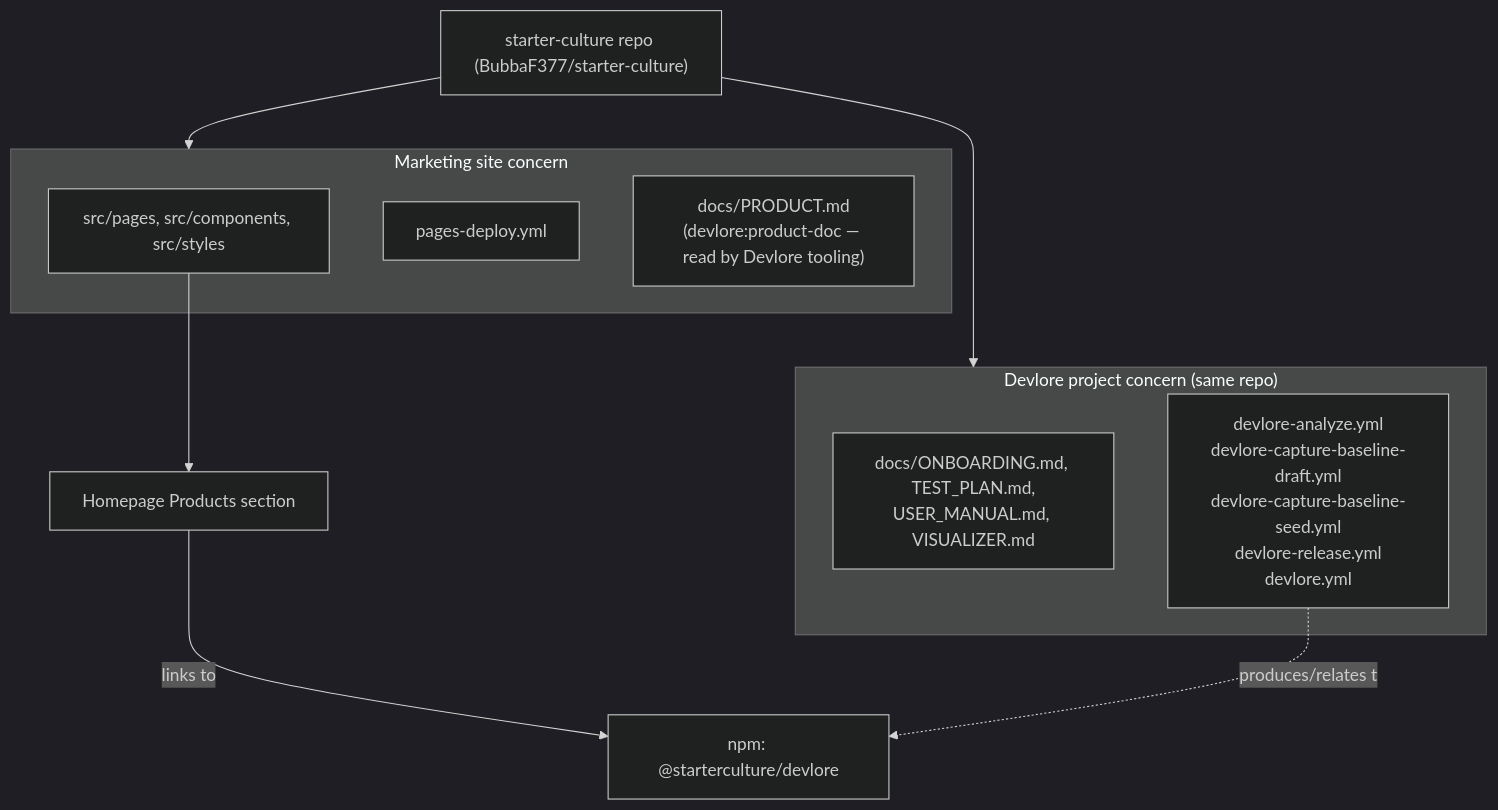
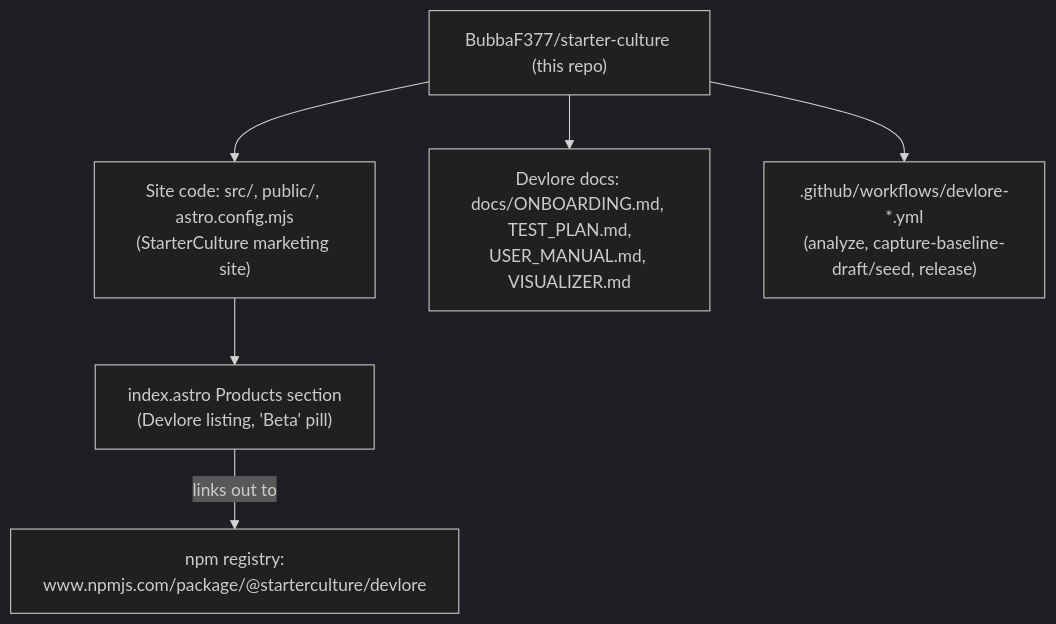
The third of 3 diagrams in docs/VISUALIZER.md (BubbaF377/starter-culture), drawn with Mermaid (dark theme) before and after one commit. The commit also changed other lines of this file, not shown here.

Commit message:
Update visualizer (requirements changed): starter-culture

````diff
--- a/docs/VISUALIZER.md
+++ b/docs/VISUALIZER.md
@@ -83,22 +87,16 @@
 ```mermaid
+%% Other linked project: this repo's dual role as the site repo and the Devlore project repo, plus the outbound npm link
 graph TD
-    Repo["starter-culture repo (BubbaF377/starter-culture)"]
+  Repo["BubbaF377/starter-culture (this repo)"]
+  SiteCode["Site code: src/, public/, astro.config.mjs\n(StarterCulture marketing site)"]
+  DevloreDocs["Devlore docs: docs/ONBOARDING.md, TEST_PLAN.md,\nUSER_MANUAL.md, VISUALIZER.md"]
+  DevloreWorkflows[".github/workflows/devlore-*.yml\n(analyze, capture-baseline-draft/seed, release)"]
+  ProductsSection["index.astro Products section\n(Devlore listing, 'Beta' pill)"]
+  NpmPkg["npm registry:\nwww.npmjs.com/package/@starterculture/devlore"]
 
-    subgraph SiteConcern["Marketing site concern"]
-        SitePages["src/pages, src/components, src/styles"]
-        SiteWorkflow["pages-deploy.yml"]
-        ProductDoc["docs/PRODUCT.md<br/>(devlore:product-doc — read by Devlore tooling)"]
-    end
-
-    subgraph DevloreConcern["Devlore project concern (same repo)"]
-        DevloreDocs["docs/ONBOARDING.md, TEST_PLAN.md,<br/>USER_MANUAL.md, VISUALIZER.md"]
-        DevloreWorkflows["devlore-analyze.yml<br/>devlore-capture-baseline-draft.yml<br/>devlore-capture-baseline-seed.yml<br/>devlore-release.yml<br/>devlore.yml"]
-    end
-
-    Repo --> SiteConcern
-    Repo --> DevloreConcern
-
-    ProductPage["Homepage Products section"] -->|links to| NPMPkg["npm: @starterculture/devlore"]
-    SitePages --> ProductPage
-    DevloreWorkflows -.produces/relates to.-> NPMPkg
+  Repo --> SiteCode
+  Repo --> DevloreDocs
+  Repo --> DevloreWorkflows
+  SiteCode --> ProductsSection
+  ProductsSection -- "links out to" --> NpmPkg
 ```
````
